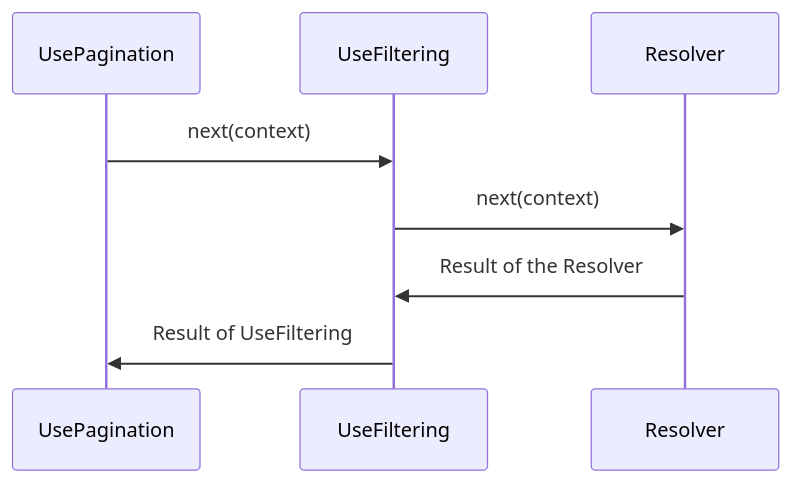
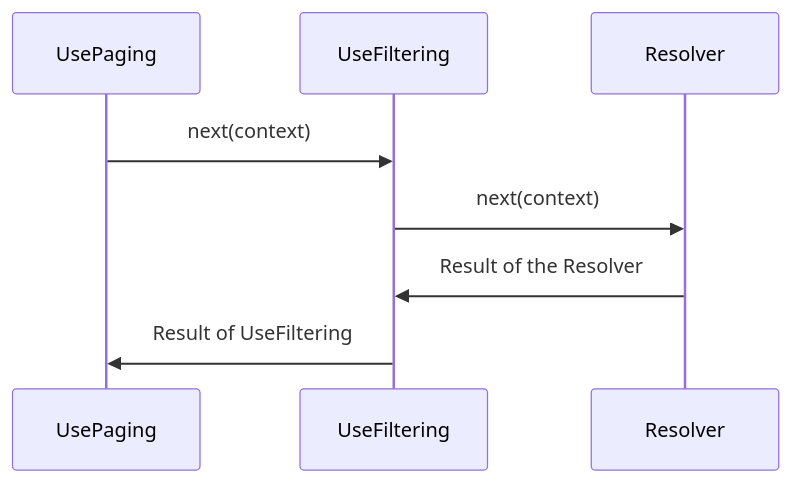
Before and after one commit to ChilliCream/graphql-platform: the diagram in website/src/docs/hotchocolate/v16/execution-engine/field-middleware.md, drawn with Mermaid. The commit also changed other lines of this file and 156 other files, not shown here.

````diff
--- a/website/src/docs/hotchocolate/v16/execution-engine/field-middleware.md
+++ b/website/src/docs/hotchocolate/v16/execution-engine/field-middleware.md
@@ -35,7 +34,7 @@
 ```mermaid
 sequenceDiagram
-    UsePagination->>UseFiltering: next(context)
+    UsePaging->>UseFiltering: next(context)
     UseFiltering->>Resolver: next(context)
     Resolver->>UseFiltering: Result of the Resolver
-    UseFiltering->>UsePagination: Result of UseFiltering
+    UseFiltering->>UsePaging: Result of UseFiltering
 ```
````
